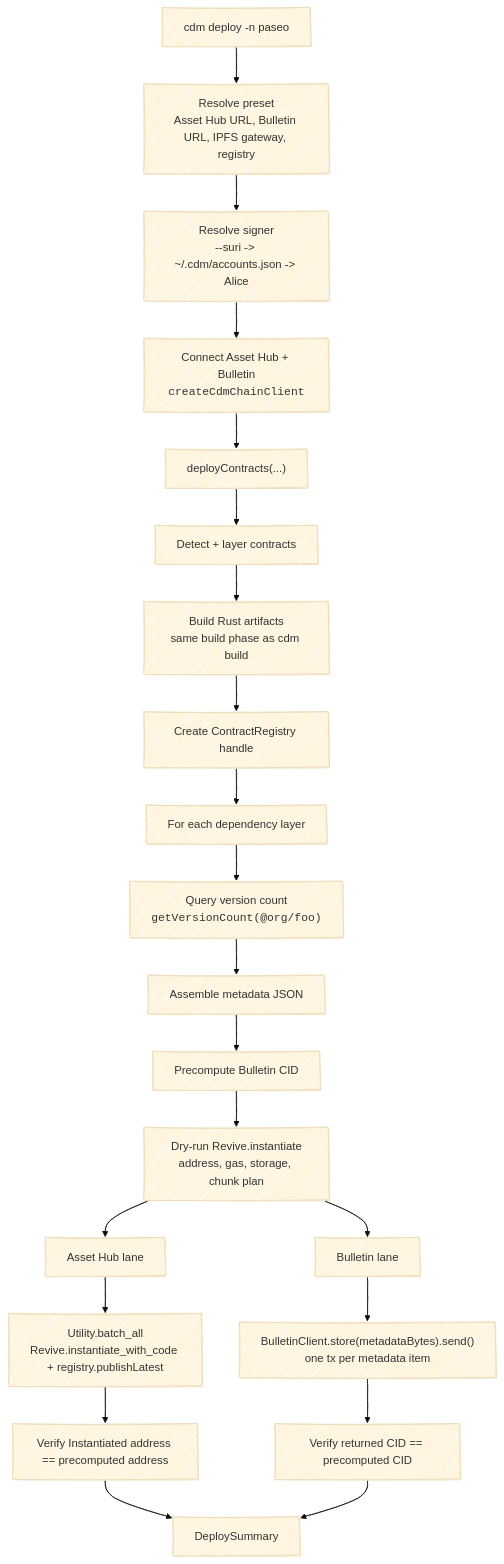
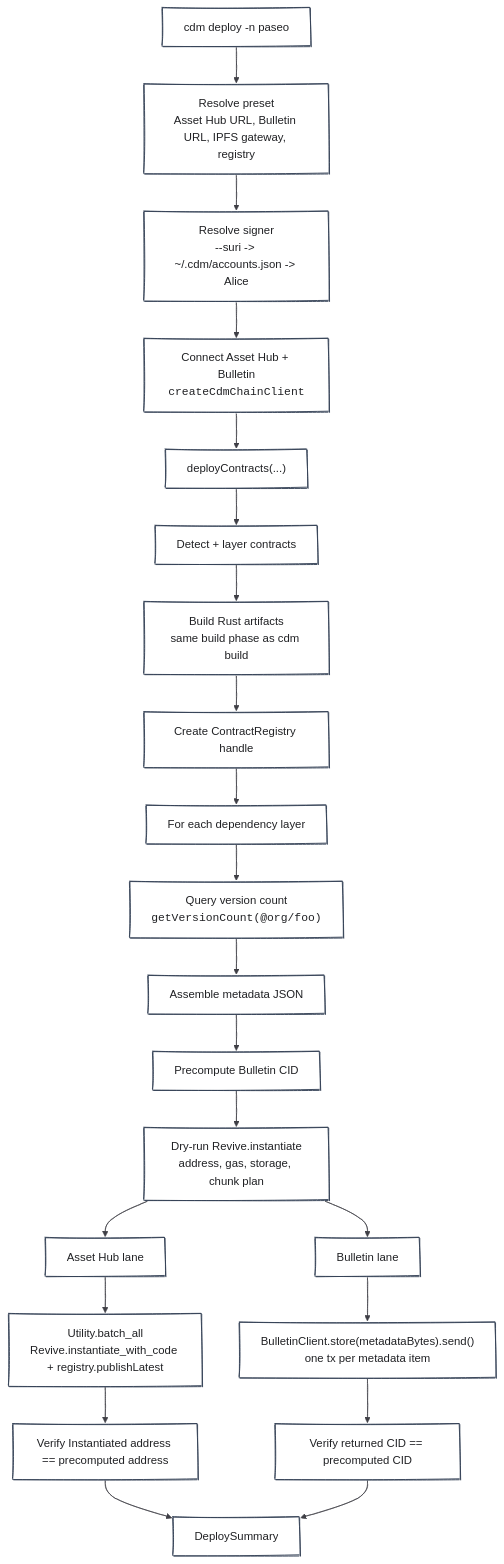
One commit to paritytech/contract-dependency-manager changed the fourth of 9 diagrams in specs/cdm-system.md. Above: the diagram before and after it, drawn with Mermaid. The commit also changed other lines of this file, not shown here.

Commit message:
docs: fix cdm system mermaid rendering

````diff
--- a/specs/cdm-system.md
+++ b/specs/cdm-system.md
@@ -128,32 +128,32 @@
 ```mermaid
-%%{init: {"theme": "base", "look": "handDrawn", "flowchart": {"curve": "basis"}}}%%
+%%{init: {"theme": "base", "look": "handDrawn", "flowchart": {"curve": "basis"}, "themeVariables": {"background": "#ffffff", "mainBkg": "#ffffff", "primaryColor": "#ffffff", "primaryTextColor": "#202124", "primaryBorderColor": "#334155", "lineColor": "#3f3f46", "clusterBkg": "#ffffff", "clusterBorder": "#ffffff", "tertiaryColor": "#ffffff", "fontFamily": "Virgil, Comic Sans MS, sans-serif"}}}%%
 flowchart TD
     cmd["cdm deploy -n paseo"]
     preset["Resolve preset<br/>Asset Hub URL, Bulletin URL, IPFS gateway, registry"]
     signer["Resolve signer<br/>--suri -> ~/.cdm/accounts.json -> Alice"]
     connect["Connect Asset Hub + Bulletin<br/><code>createCdmChainClient</code>"]
     pipeline["deployContracts(...)"]
 
     cmd --> preset --> signer --> connect --> pipeline
 
     pipeline --> detect["Detect + layer contracts"]
     detect --> build["Build Rust artifacts<br/>same build phase as cdm build"]
     build --> registryHandle["Create ContractRegistry handle"]
     registryHandle --> layerLoop["For each dependency layer"]
 
     layerLoop --> version["Query version count<br/><code>getVersionCount(@org/foo)</code>"]
     version --> metadata["Assemble metadata JSON"]
     metadata --> cid["Precompute Bulletin CID"]
     cid --> plan["Dry-run Revive.instantiate<br/>address, gas, storage, chunk plan"]
 
     plan --> assetHubLane["Asset Hub lane"]
     plan --> bulletinLane["Bulletin lane"]
 
     assetHubLane --> batch["Utility.batch_all<br/>Revive.instantiate_with_code + registry.publishLatest"]
     bulletinLane --> publish["BulletinClient.store(metadataBytes).send()<br/>one tx per metadata item"]
 
     batch --> verify["Verify Instantiated address == precomputed address"]
     publish --> cidCheck["Verify returned CID == precomputed CID"]
     verify --> done["DeploySummary"]
     cidCheck --> done
 ```
````
